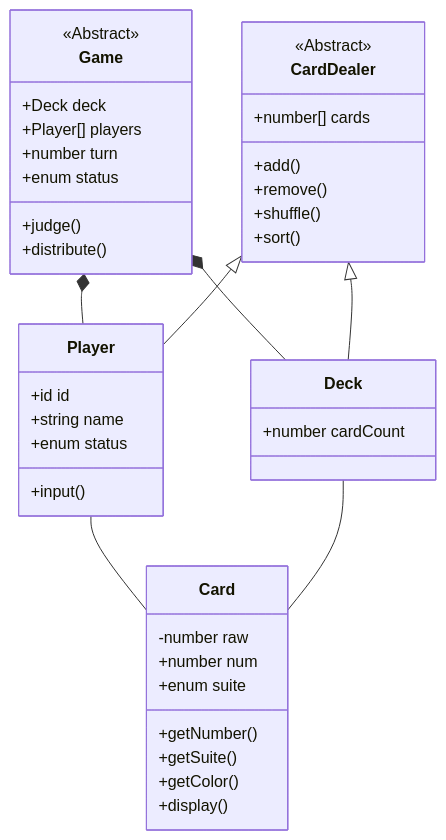
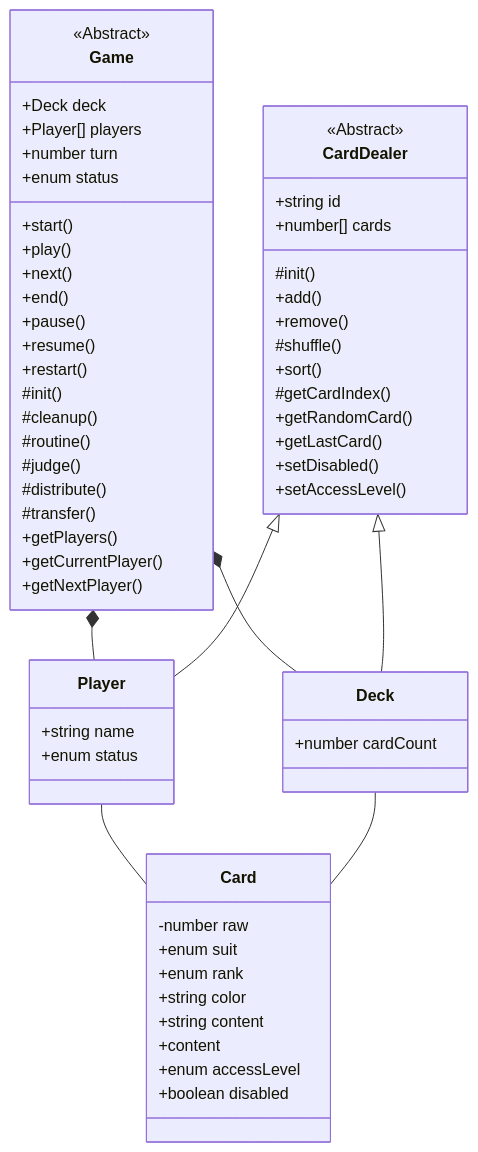
One commit to shyamajp/games changed the first of 7 diagrams in doc/architecture.md. Above: the diagram before and after it, drawn with Mermaid.

Commit message:
update common

````diff
--- a/doc/architecture.md
+++ b/doc/architecture.md
@@ -5,44 +5,64 @@
 ```mermaid
 classDiagram
     Game *-- Player
     Game *-- Deck
     CardDealer <|-- Player
     CardDealer <|-- Deck
     Player -- Card
     Deck -- Card
     class CardDealer {
         <<Abstract>>
+        +string id
         +number[] cards
+        #init()
         +add()
         +remove()
-        +shuffle()
+        #shuffle()
         +sort()
+        #getCardIndex()
+        +getRandomCard()
+        +getLastCard()
+        +setDisabled()
+        +setAccessLevel()
     }
     class Player{
-        +id id
         +string name
         +enum status
-        +input()
     }
     class Deck {
         +number cardCount
     }
     class Game {
         <<Abstract>>
         +Deck deck
         +Player[] players
         +number turn
         +enum status
-        +judge()
-        +distribute()
+        +start()
+        +play()
+        +next()
+        +end()
+        +pause()
+        +resume()
+        +restart()
+        #init()
+        #cleanup()
+        #routine()
+        #judge()
+        #distribute()
+        #transfer()
+        +getPlayers()
+        +getCurrentPlayer()
+        +getNextPlayer()
     }
     class Card {
         -number raw
-        +number num
-        +enum suite
-        +getNumber()
-        +getSuite()
-        +getColor()
-        +display()
+        +enum suit
+        +enum rank
+        +string color
+        +string content
+        +content
+        +enum accessLevel
+        +boolean disabled
     }
 ```
````
